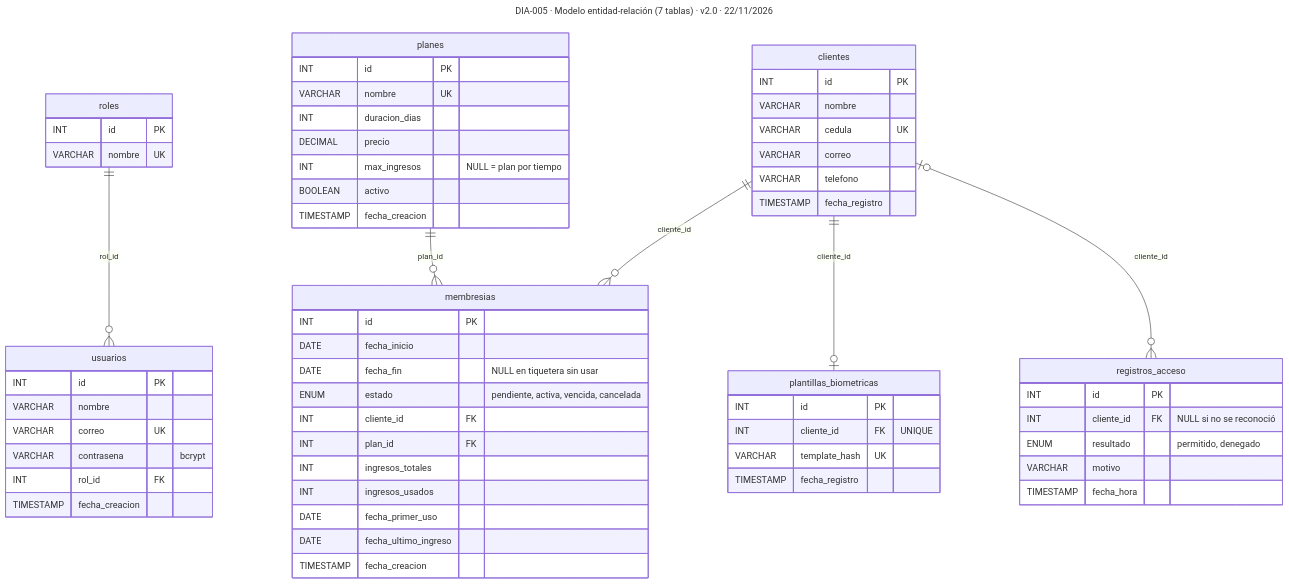
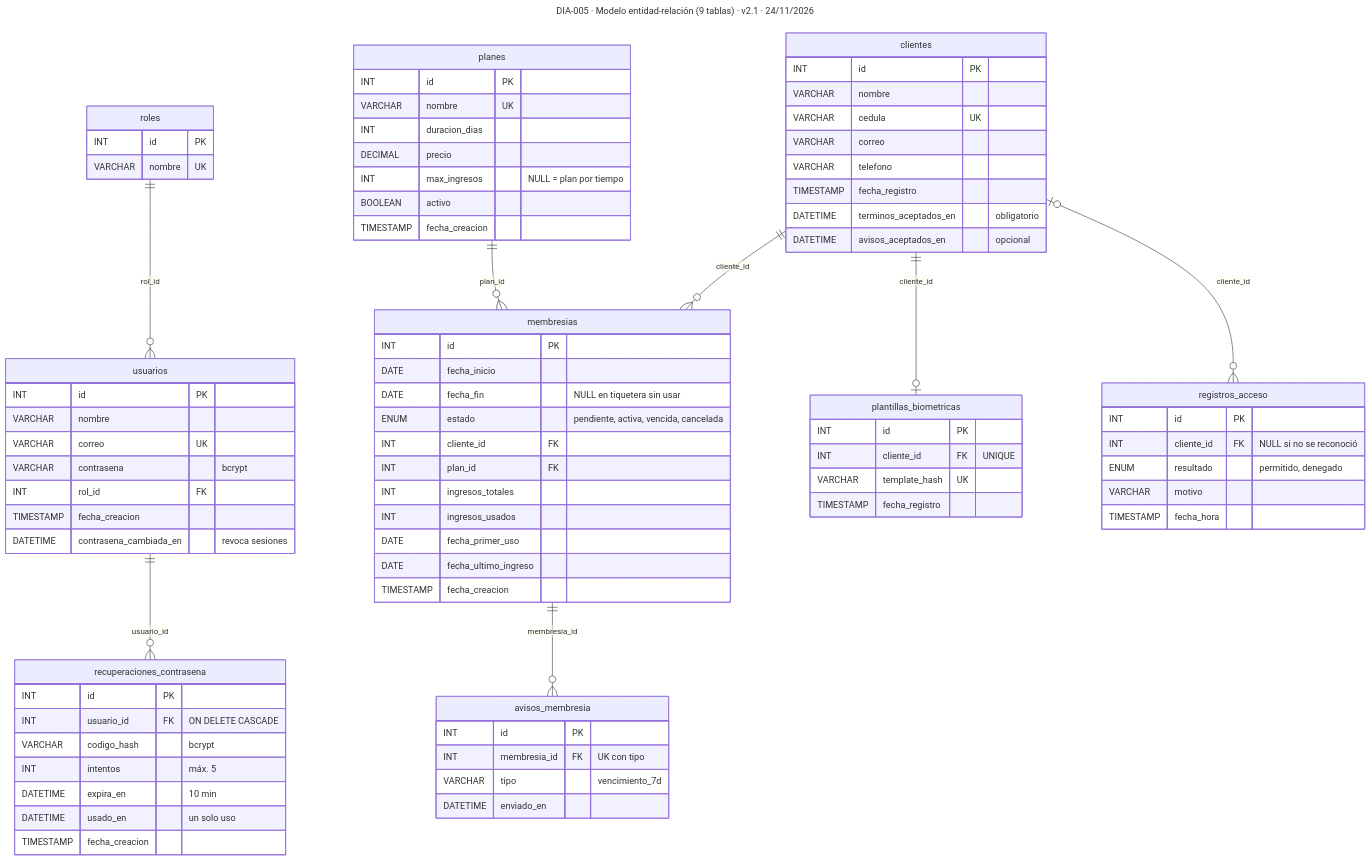
The diagram in docs/diagramas/entidad-relacion.mmd (zonafitevolutionSENA/ZonaFitEvolution03), drawn with Mermaid before and after one commit. The commit also changed 30 other files, not shown here.

First line of the commit message:
docs: documentar la recuperación de contraseña, el envío de correos y los avisos de vencimiento

```diff
--- a/docs/diagramas/entidad-relacion.mmd
+++ b/docs/diagramas/entidad-relacion.mmd
@@ -1,65 +1,85 @@
 ---
-title: "DIA-005 · Modelo entidad-relación (7 tablas) · v2.0 · 22/11/2026"
+title: "DIA-005 · Modelo entidad-relación (9 tablas) · v2.1 · 24/11/2026"
 ---
 %% Fuente del diagrama de docs/04-arquitectura.md (sección 8.4). Esquema: BackendZonafitevolution/database/init.sql
 erDiagram
   roles ||--o{ usuarios : "rol_id"
   clientes ||--o{ membresias : "cliente_id"
   planes ||--o{ membresias : "plan_id"
   clientes ||--o| plantillas_biometricas : "cliente_id"
   clientes |o--o{ registros_acceso : "cliente_id"
+  usuarios ||--o{ recuperaciones_contrasena : "usuario_id"
+  membresias ||--o{ avisos_membresia : "membresia_id"
   roles {
     INT id PK
     VARCHAR nombre UK
   }
   usuarios {
     INT id PK
     VARCHAR nombre
     VARCHAR correo UK
     VARCHAR contrasena "bcrypt"
     INT rol_id FK
     TIMESTAMP fecha_creacion
+    DATETIME contrasena_cambiada_en "revoca sesiones"
+  }
+  recuperaciones_contrasena {
+    INT id PK
+    INT usuario_id FK "ON DELETE CASCADE"
+    VARCHAR codigo_hash "bcrypt"
+    INT intentos "máx. 5"
+    DATETIME expira_en "10 min"
+    DATETIME usado_en "un solo uso"
+    TIMESTAMP fecha_creacion
   }
   clientes {
     INT id PK
     VARCHAR nombre
     VARCHAR cedula UK
     VARCHAR correo
     VARCHAR telefono
     TIMESTAMP fecha_registro
+    DATETIME terminos_aceptados_en "obligatorio"
+    DATETIME avisos_aceptados_en "opcional"
   }
   planes {
     INT id PK
     VARCHAR nombre UK
     INT duracion_dias
     DECIMAL precio
     INT max_ingresos "NULL = plan por tiempo"
     BOOLEAN activo
     TIMESTAMP fecha_creacion
   }
   membresias {
     INT id PK
     DATE fecha_inicio
     DATE fecha_fin "NULL en tiquetera sin usar"
     ENUM estado "pendiente, activa, vencida, cancelada"
     INT cliente_id FK
     INT plan_id FK
     INT ingresos_totales
     INT ingresos_usados
     DATE fecha_primer_uso
     DATE fecha_ultimo_ingreso
     TIMESTAMP fecha_creacion
   }
+  avisos_membresia {
+    INT id PK
+    INT membresia_id FK "UK con tipo"
+    VARCHAR tipo "vencimiento_7d"
+    DATETIME enviado_en
+  }
   plantillas_biometricas {
     INT id PK
     INT cliente_id FK "UNIQUE"
     VARCHAR template_hash UK
     TIMESTAMP fecha_registro
   }
   registros_acceso {
     INT id PK
     INT cliente_id FK "NULL si no se reconoció"
     ENUM resultado "permitido, denegado"
     VARCHAR motivo
     TIMESTAMP fecha_hora
   }
```
